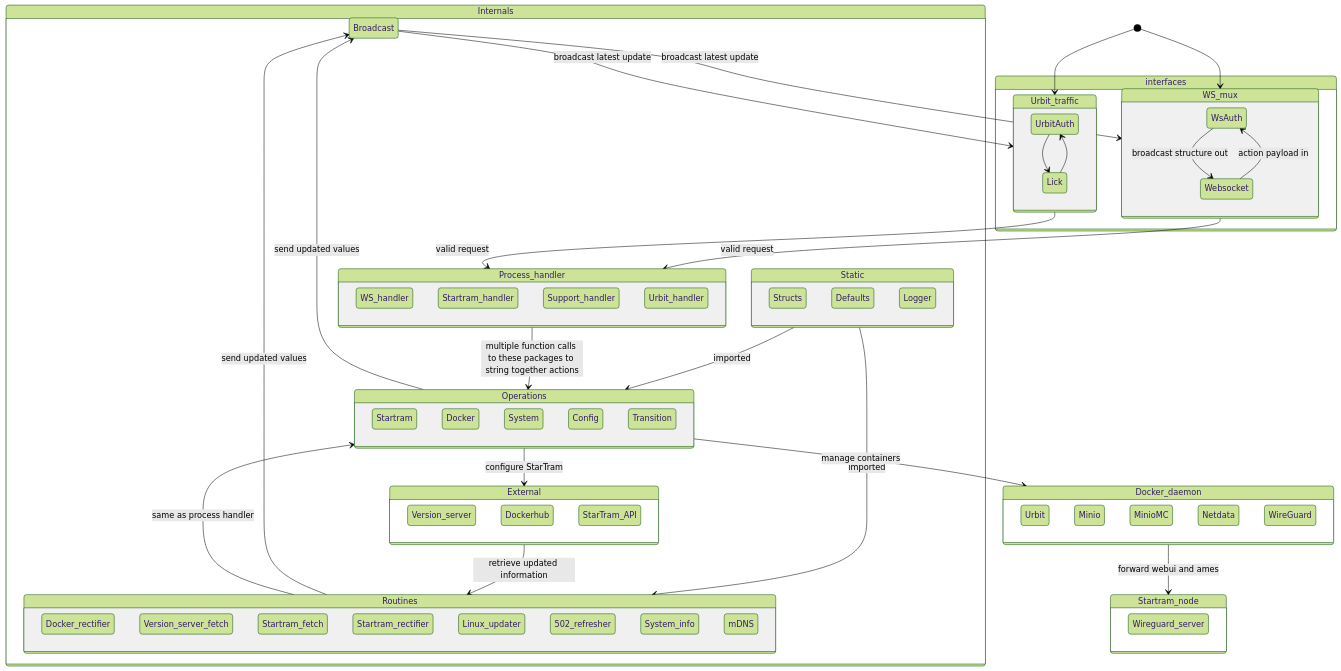
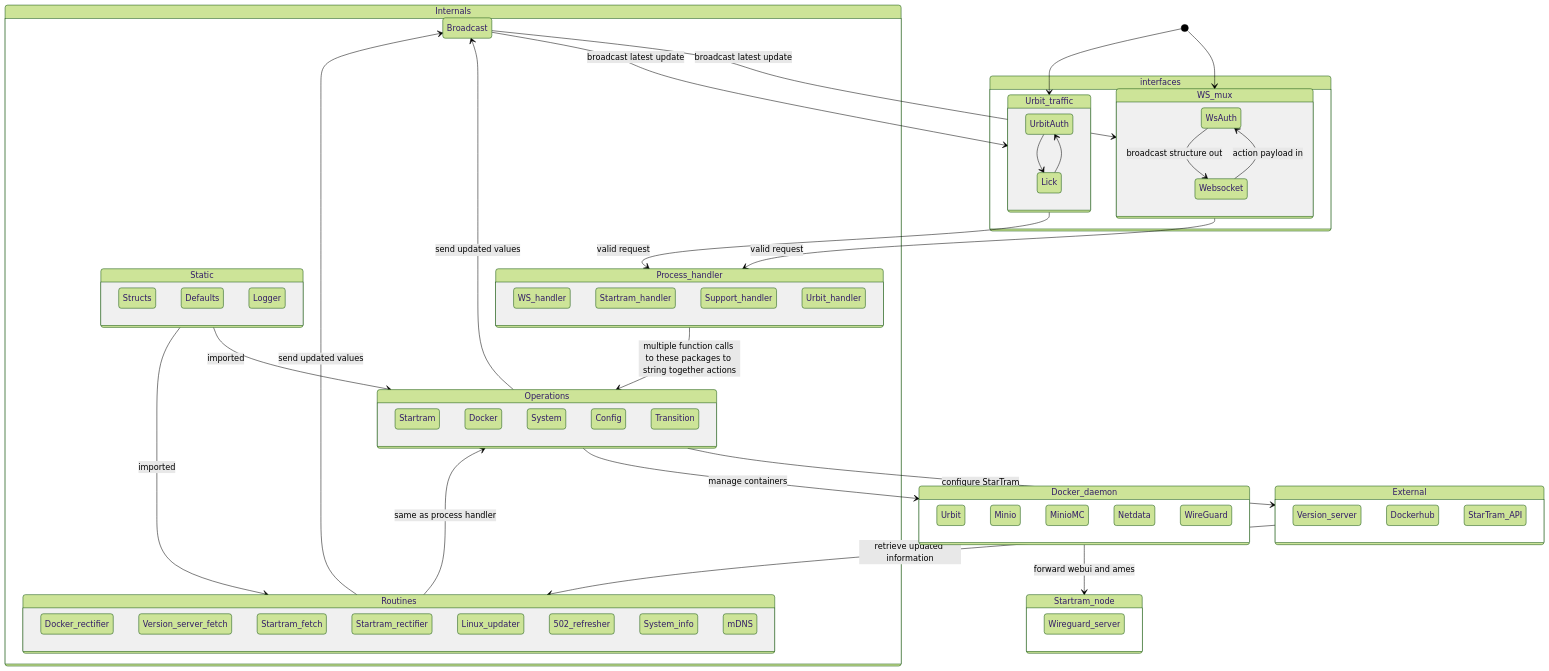
The diagram in goseg/readme.md (Native-Planet/GroundSeg), drawn with Mermaid (forest theme) before and after one commit.

````diff
--- a/goseg/readme.md
+++ b/goseg/readme.md
@@ -3,78 +3,78 @@
 ```mermaid
 stateDiagram-v2
     direction TB
     accTitle: Goseg package diagram
     accDescr: Interactions between packages in Groundseg Go rewrite
     classDef bcase fill:#f00,color:white,font-weight:bold,stroke-width:2px,stroke:yellow
     Broadcast-->WS_mux: broadcast latest update
     Broadcast-->Urbit_traffic: broadcast latest update
     Static-->Operations: imported
     Static-->Routines: imported
     state Startram_node {
         Wireguard_server
     }
     state Internals {
         state Static {
             Structs
             Defaults
             Logger
         }
         state Routines {
             Docker_rectifier
             Version_server_fetch
             Startram_fetch
             Startram_rectifier
             Linux_updater
             502_refresher
             System_info
             mDNS
         }
         state Operations {
             Startram
             Docker
             System
             Config
             Transition
         }
         state Process_handler {
             WS_handler
             Startram_handler
             Support_handler
             Urbit_handler
         }
         Process_handler-->Operations: multiple function calls to these packages to string together actions
         Operations-->Broadcast: send updated values
         Routines-->Broadcast: send updated values
-        External-->Routines: retrieve updated information
     }
     [*]-->WS_mux
     [*]-->Urbit_traffic
     WS_mux-->Process_handler: valid request
     Urbit_traffic-->Process_handler: valid request
     Routines-->Operations: same as process handler
     state interfaces {
         state Urbit_traffic {
             UrbitAuth-->Lick
             Lick-->UrbitAuth
         }
         state WS_mux {
             WsAuth-->Websocket: broadcast structure out
             Websocket-->WsAuth: action payload in
         }
     }
     state Docker_daemon {
         Urbit
         Minio
         MinioMC
         Netdata
         WireGuard
     }
     state External {
         Version_server
         Dockerhub
         StarTram_API
     }
+    External-->Routines: retrieve updated information
     Operations-->External: configure StarTram
     Operations-->Docker_daemon: manage containers
     Docker_daemon-->Startram_node: forward webui and ames
 ```
````
